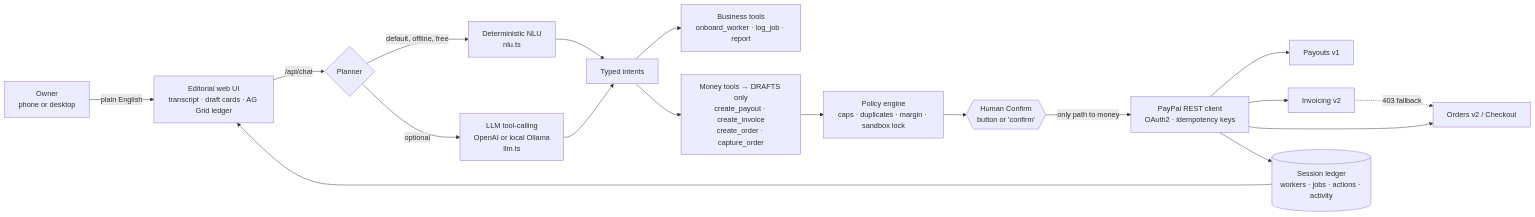
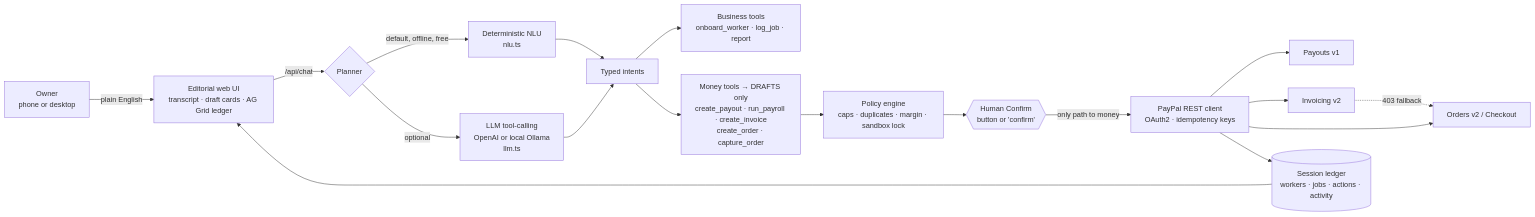
The diagram in README.md (godbody4040-oss/JobPay-Agent), drawn with Mermaid before and after one commit. The commit also changed other lines of this file and 11 other files, not shown here.

Commit message:
feat: batch payroll — one multi-item PayPal Payouts batch for all unpaid jobs (folds single drafts, blocks double pay); docs: Devpost copy

````diff
--- a/README.md
+++ b/README.md
@@ -77,20 +78,20 @@
 ```mermaid
 flowchart LR
   U[Owner<br/>phone or desktop] -->|plain English| UI[Editorial web UI<br/>transcript · draft cards · AG Grid ledger]
   UI -->|/api/chat| P{Planner}
   P -->|default, offline, free| N[Deterministic NLU<br/>nlu.ts]
   P -->|optional| L[LLM tool-calling<br/>OpenAI or local Ollama<br/>llm.ts]
   N --> I[Typed intents]
   L --> I
   I --> B[Business tools<br/>onboard_worker · log_job · report]
-  I --> D[Money tools → DRAFTS only<br/>create_payout · create_invoice<br/>create_order · capture_order]
+  I --> D[Money tools → DRAFTS only<br/>create_payout · run_payroll · create_invoice<br/>create_order · capture_order]
   D --> G[Policy engine<br/>caps · duplicates · margin · sandbox lock]
   G --> C{{Human Confirm<br/>button or 'confirm'}}
   C -->|only path to money| X[PayPal REST client<br/>OAuth2 · idempotency keys]
   X --> PO[Payouts v1]
   X --> IN[Invoicing v2]
   X --> OR[Orders v2 / Checkout]
   IN -. 403 fallback .-> OR
   X --> LG[(Session ledger<br/>workers · jobs · actions · activity)]
   LG --> UI
 ```
````
